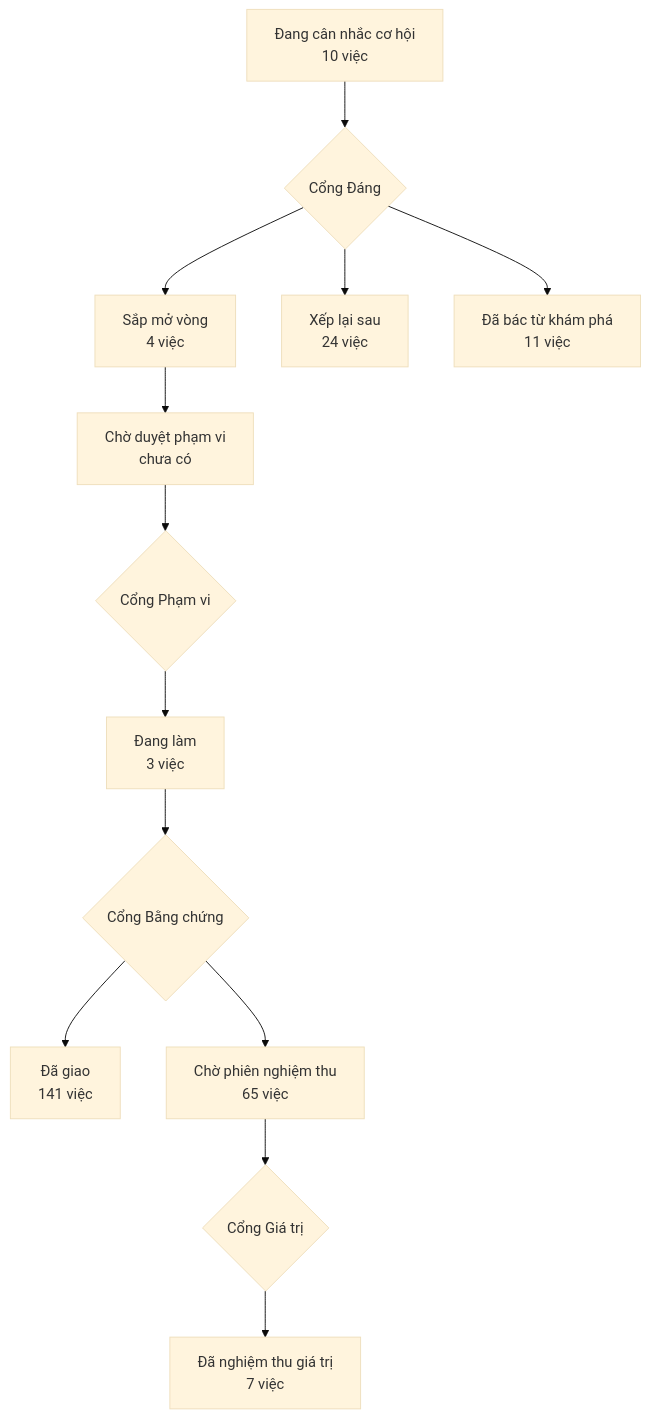
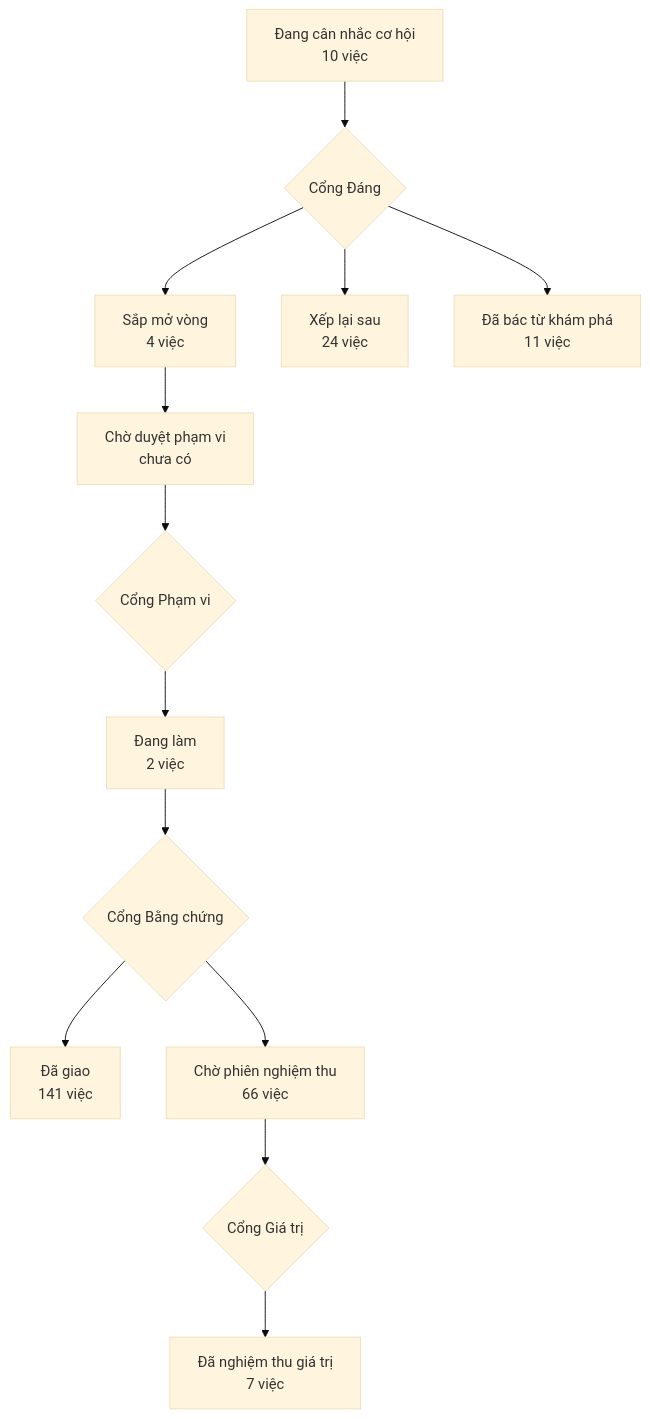
Before and after one commit to phanlemanh/acceptance-gate-kit: the diagram in PRODUCT-MAP.md, drawn with Mermaid (base theme). The commit also changed 7 other files, not shown here.

````diff
--- a/PRODUCT-MAP.md
+++ b/PRODUCT-MAP.md
@@ -7,12 +7,12 @@
 ```mermaid
 flowchart TD
   A["Đang cân nhắc cơ hội<br/>10 việc"] --> GD{"Cổng Đáng"}
   GD --> B["Sắp mở vòng<br/>4 việc"]
   GD --> XL["Xếp lại sau<br/>24 việc"]
   GD --> DB["Đã bác từ khám phá<br/>11 việc"]
   B --> CD["Chờ duyệt phạm vi<br/>chưa có"] --> GP{"Cổng Phạm vi"}
-  GP --> DL["Đang làm<br/>3 việc"] --> GB{"Cổng Bằng chứng"}
+  GP --> DL["Đang làm<br/>2 việc"] --> GB{"Cổng Bằng chứng"}
   GB --> DG["Đã giao<br/>141 việc"]
-  GB --> CN["Chờ phiên nghiệm thu<br/>65 việc"] --> GG{"Cổng Giá trị"}
+  GB --> CN["Chờ phiên nghiệm thu<br/>66 việc"] --> GG{"Cổng Giá trị"}
   GG --> NT["Đã nghiệm thu giá trị<br/>7 việc"]
 ```
````
